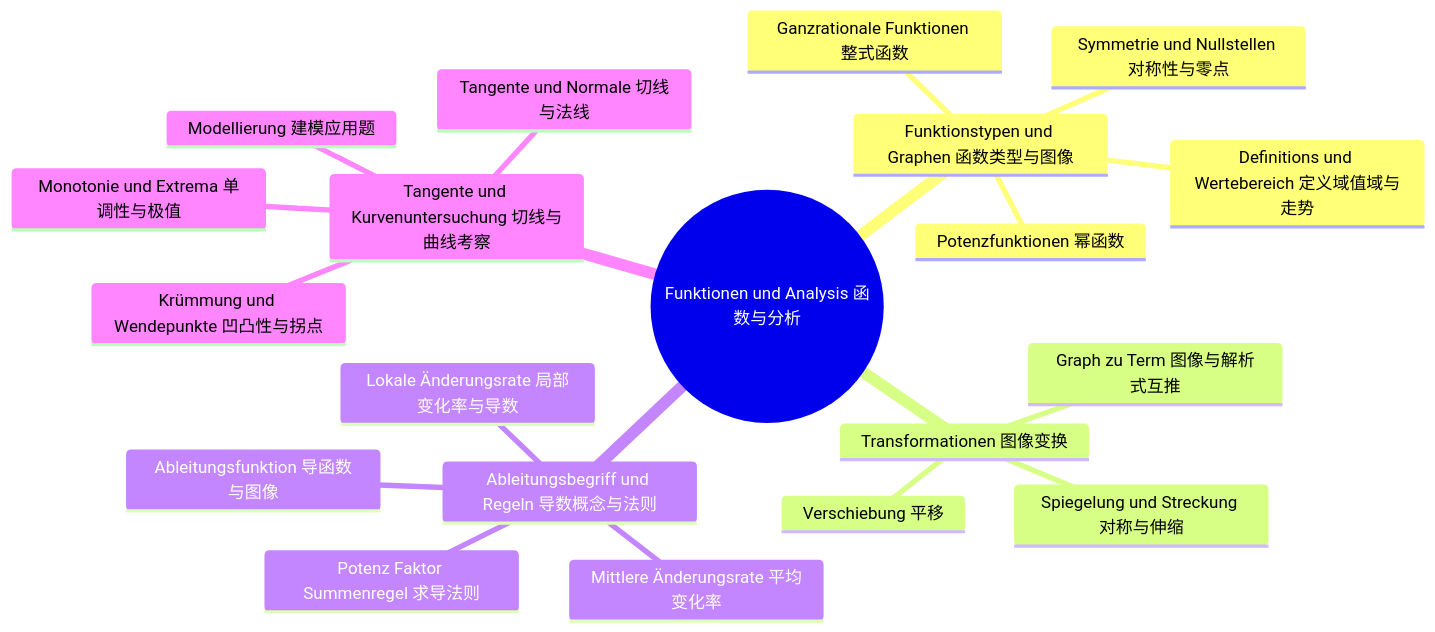
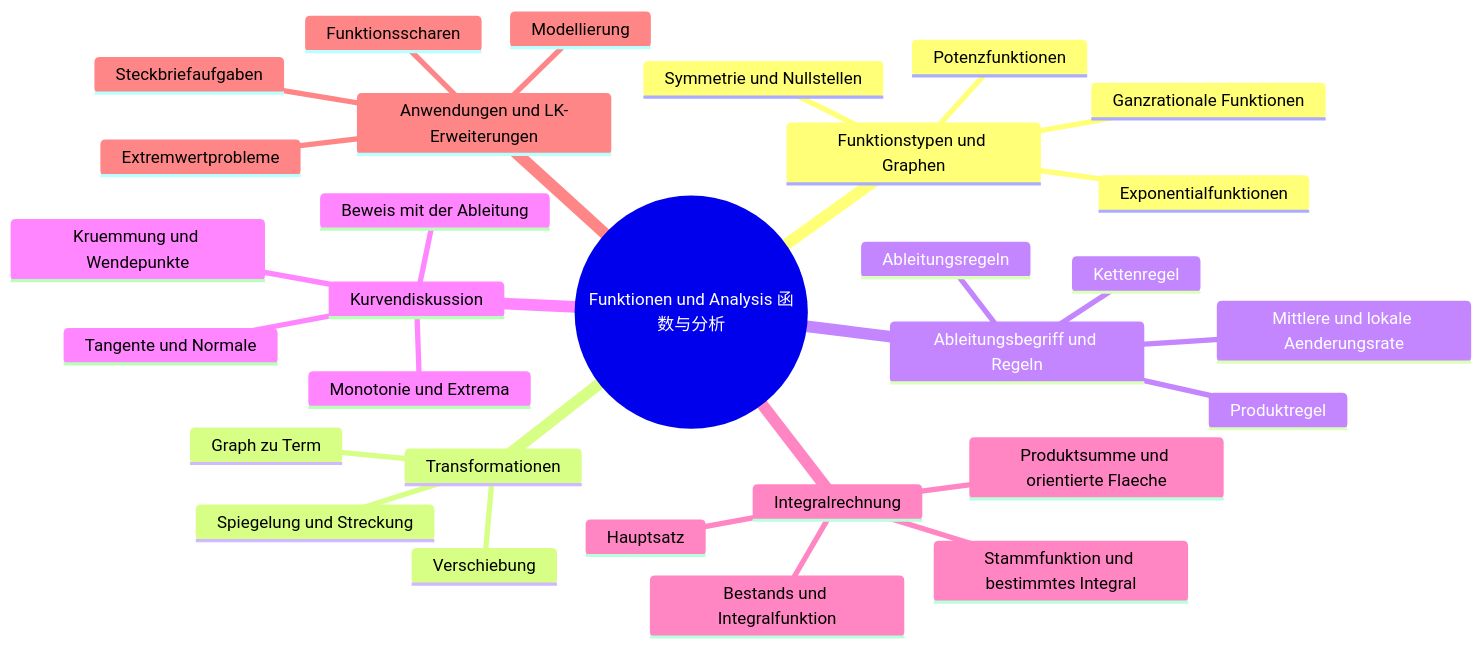
Before and after one commit to jjjjjjjjnnjnn/EF-GeWi-Lernvault: the second of 4 diagrams in 00_META/Lernbaum/Lernbaum-Mathe.md, drawn with Mermaid. The commit also changed other lines of this file and 5 other files, not shown here.

Commit message:
[Meta] Abi-Baum S7 Teil 1: Mathe SoWi Deutsch Englisch Physik Chemie zu EF-Q2 Baeumen mit Methodenprofil und CN-Techniken

````diff
--- a/00_META/Lernbaum/Lernbaum-Mathe.md
+++ b/00_META/Lernbaum/Lernbaum-Mathe.md
@@ -35,23 +100,33 @@
 ```mermaid
 mindmap
   root((Funktionen und Analysis 函数与分析))
-    Funktionstypen und Graphen 函数类型与图像
-      Potenzfunktionen 幂函数
-      Ganzrationale Funktionen 整式函数
-      Definitions und Wertebereich 定义域值域与走势
-      Symmetrie und Nullstellen 对称性与零点
-    Transformationen 图像变换
-      Verschiebung 平移
-      Spiegelung und Streckung 对称与伸缩
-      Graph zu Term 图像与解析式互推
-    Ableitungsbegriff und Regeln 导数概念与法则
-      Mittlere Änderungsrate 平均变化率
-      Lokale Änderungsrate 局部变化率与导数
-      Potenz Faktor Summenregel 求导法则
-      Ableitungsfunktion 导函数与图像
-    Tangente und Kurvenuntersuchung 切线与曲线考察
-      Tangente und Normale 切线与法线
-      Monotonie und Extrema 单调性与极值
-      Krümmung und Wendepunkte 凹凸性与拐点
-      Modellierung 建模应用题
+    Funktionstypen und Graphen
+      Potenzfunktionen
+      Ganzrationale Funktionen
+      Symmetrie und Nullstellen
+      Exponentialfunktionen
+    Transformationen
+      Verschiebung
+      Spiegelung und Streckung
+      Graph zu Term
+    Ableitungsbegriff und Regeln
+      Mittlere und lokale Aenderungsrate
+      Ableitungsregeln
+      Produktregel
+      Kettenregel
+    Kurvendiskussion
+      Tangente und Normale
+      Monotonie und Extrema
+      Kruemmung und Wendepunkte
+      Beweis mit der Ableitung
+    Integralrechnung
+      Produktsumme und orientierte Flaeche
+      Bestands und Integralfunktion
+      Stammfunktion und bestimmtes Integral
+      Hauptsatz
+    Anwendungen und LK-Erweiterungen
+      Modellierung
+      Extremwertprobleme
+      Steckbriefaufgaben
+      Funktionsscharen
 ```
````
